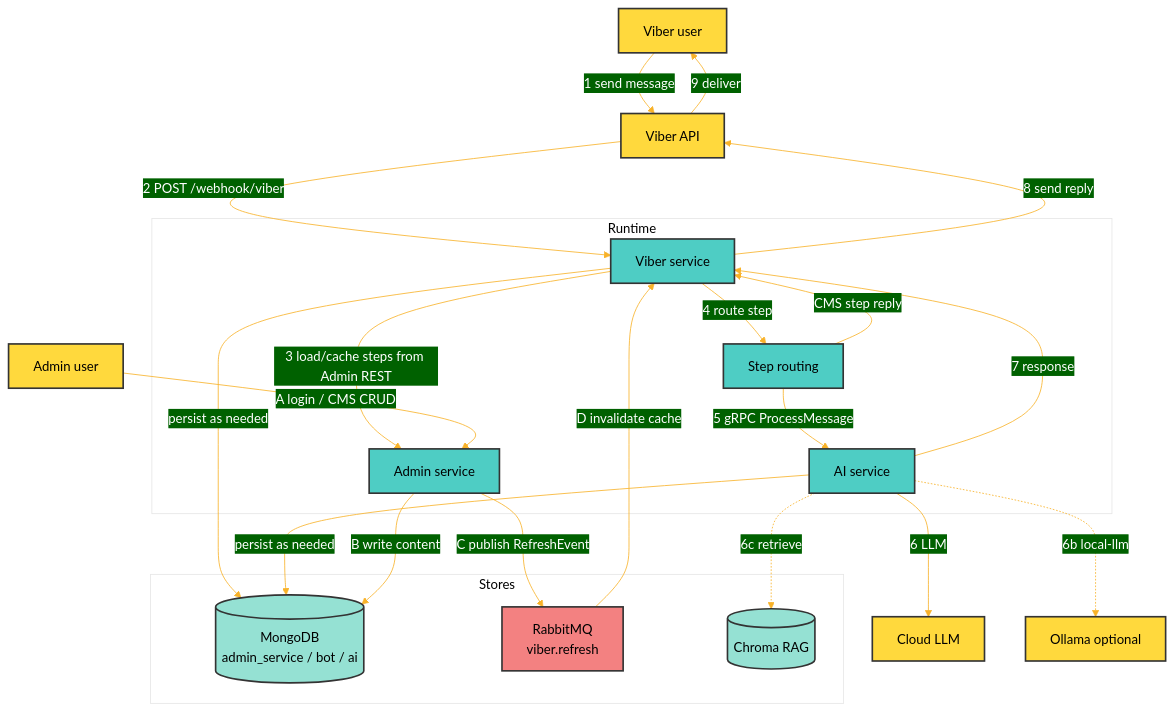
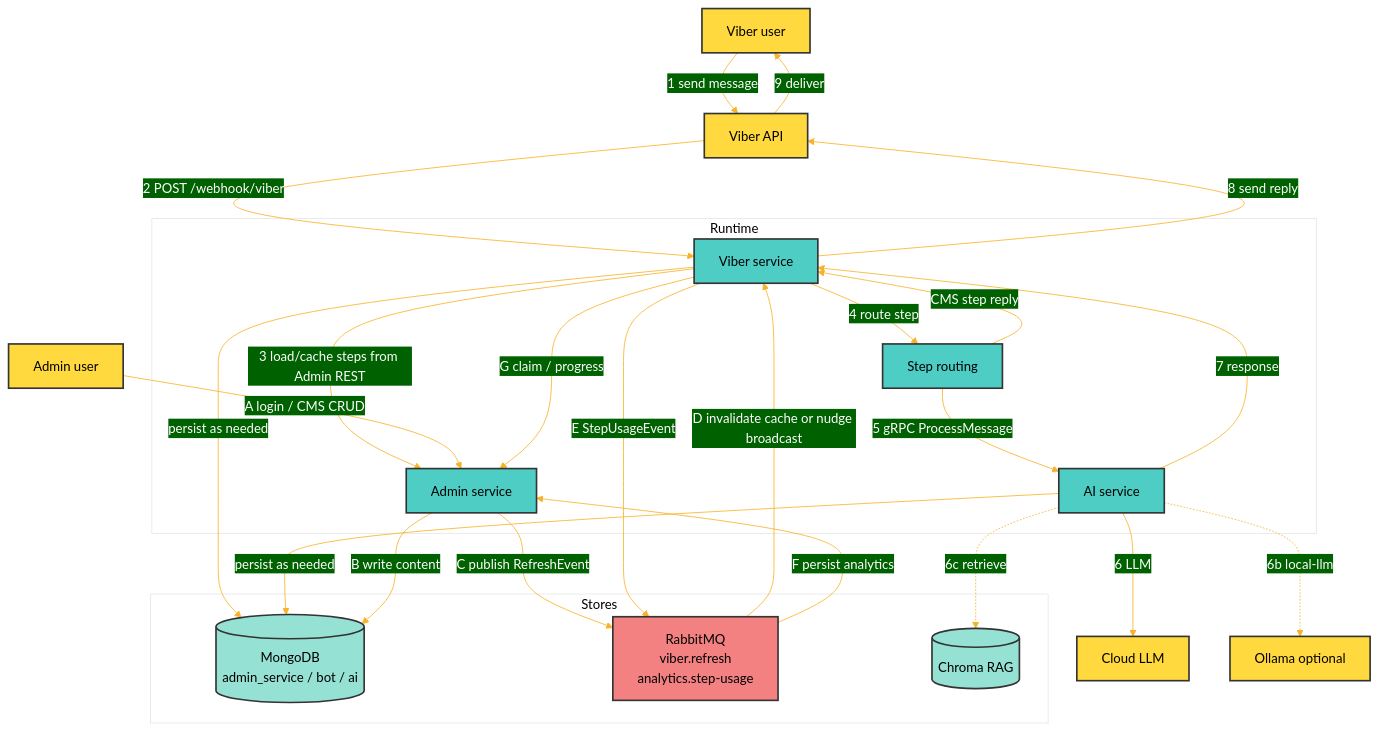
One commit to valiobar/vbar-viber-bot changed the diagram in documentation/diagrams/data-flow.mmd. Above: the diagram before and after it, drawn with Mermaid. The commit also changed 11 other files, not shown here.

```diff
--- a/documentation/diagrams/data-flow.mmd
+++ b/documentation/diagrams/data-flow.mmd
@@ -1,50 +1,53 @@
 %%{init: {'theme':'base', 'themeVariables': { 'primaryColor':'#ff6b6b','primaryTextColor':'#fff','primaryBorderColor':'#7C0000','lineColor':'#F8B229','secondaryColor':'#006100','tertiaryColor':'#fff'}}}%%
 flowchart TB
     User[Viber user]
     AdminUser[Admin user]
     ViberAPI[Viber API]
     ExternalAI[Cloud LLM]
     Ollama[Ollama optional]
 
     subgraph Runtime["Runtime"]
         Admin[Admin service]
         Viber[Viber service]
         Route[Step routing]
         AI[AI service]
     end
 
     subgraph Stores["Stores"]
         Mongo[(MongoDB<br/>admin_service / bot / ai)]
-        RabbitMQ[RabbitMQ<br/>viber.refresh]
+        RabbitMQ[RabbitMQ<br/>viber.refresh<br/>analytics.step-usage]
         Chroma[(Chroma RAG)]
     end
 
     User -->|1 send message| ViberAPI
     ViberAPI -->|2 POST /webhook/viber| Viber
     Viber -->|3 load/cache steps from Admin REST| Admin
     Viber -->|4 route step| Route
     Route -->|CMS step reply| Viber
     Route -->|5 gRPC ProcessMessage| AI
     AI -->|6 LLM| ExternalAI
     AI -.->|6b local-llm| Ollama
     AI -.->|6c retrieve| Chroma
     AI -->|7 response| Viber
     Viber -->|8 send reply| ViberAPI
     ViberAPI -->|9 deliver| User
     Viber -->|persist as needed| Mongo
     AI -->|persist as needed| Mongo
 
     AdminUser -->|A login / CMS CRUD| Admin
     Admin -->|B write content| Mongo
     Admin -->|C publish RefreshEvent| RabbitMQ
-    RabbitMQ -->|D invalidate cache| Viber
+    RabbitMQ -->|D invalidate cache or nudge broadcast| Viber
+    Viber -->|E StepUsageEvent| RabbitMQ
+    RabbitMQ -->|F persist analytics| Admin
+    Viber -->|G claim / progress| Admin
 
     classDef svc fill:#4ECDC4,stroke:#333,stroke-width:2px,color:#000
     classDef db fill:#95E1D3,stroke:#333,stroke-width:2px,color:#000
     classDef mq fill:#F38181,stroke:#333,stroke-width:2px,color:#000
     classDef ext fill:#FFD93D,stroke:#333,stroke-width:2px,color:#000
 
     class Admin,Viber,AI,Route svc
     class Mongo,Chroma db
     class RabbitMQ mq
     class User,AdminUser,ViberAPI,ExternalAI,Ollama ext
```
